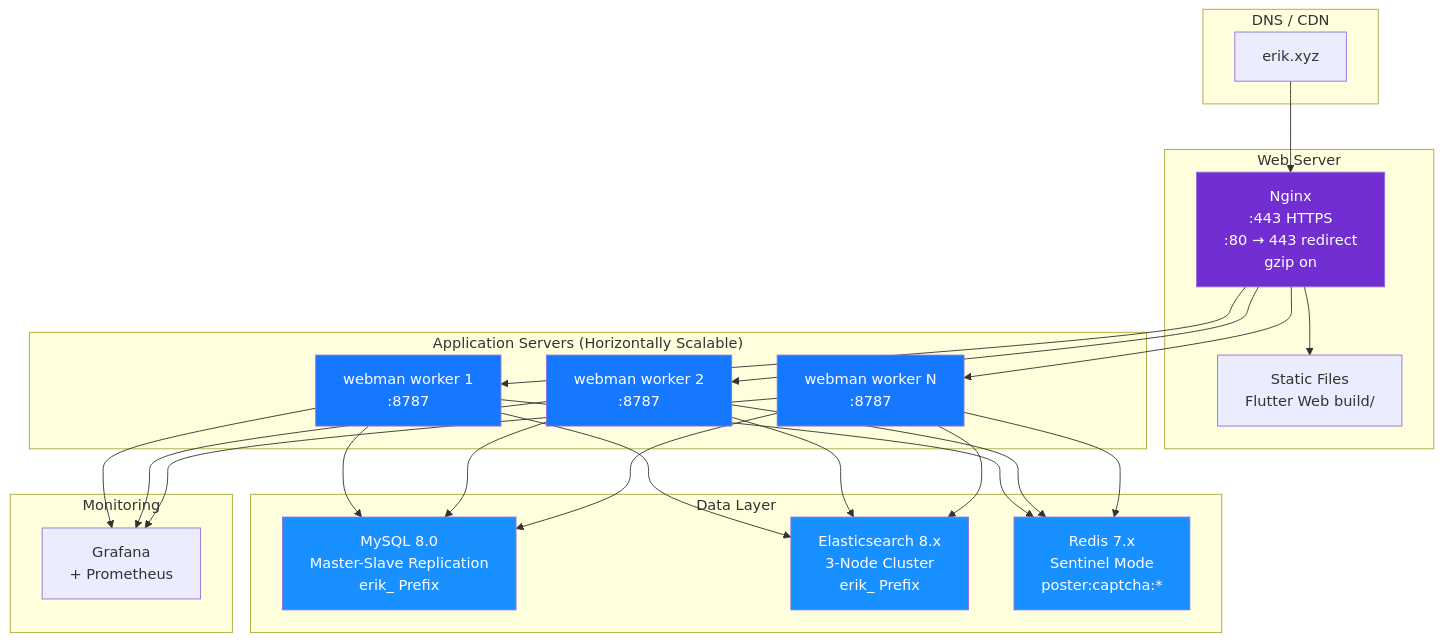
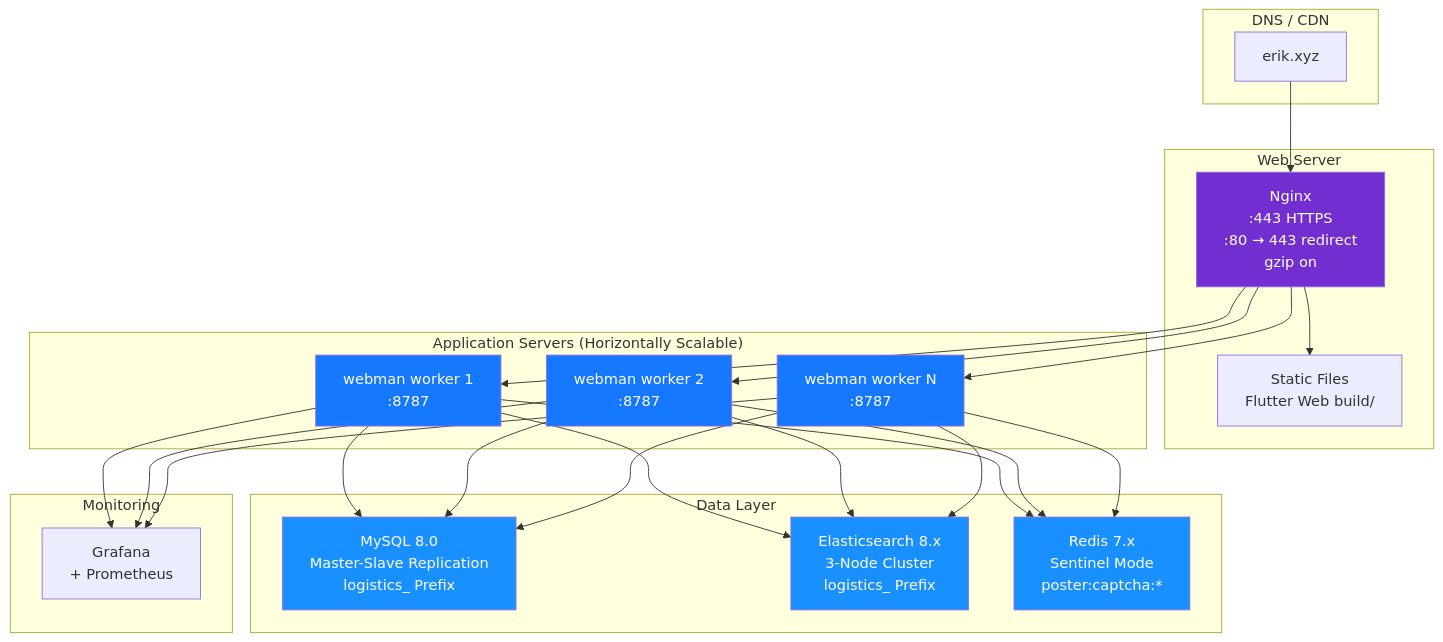
Before and after one commit to erikwang2013/integrated-global-logistics: diagram 14 of 14 in admin/docs/ARCHITECTURE.en.md, drawn with Mermaid. The commit also changed other lines of this file and 211 other files, not shown here.

````diff
--- a/admin/docs/ARCHITECTURE.en.md
+++ b/admin/docs/ARCHITECTURE.en.md
@@ -652,43 +652,43 @@
 ```mermaid
 flowchart TB
     subgraph "DNS / CDN"
         DNS["erik.xyz"]
     end
 
     subgraph "Web Server"
         NGX["Nginx<br/>:443 HTTPS<br/>:80 → 443 redirect<br/>gzip on"]
         STA["Static Files<br/>Flutter Web build/"]
     end
 
     subgraph "Application Servers (Horizontally Scalable)"
         WM1["webman worker 1<br/>:8787"]
         WM2["webman worker 2<br/>:8787"]
         WM3["webman worker N<br/>:8787"]
     end
 
     subgraph "Data Layer"
-        MYSQL["MySQL 8.0<br/>Master-Slave Replication<br/>erik_ Prefix"]
-        ES["Elasticsearch 8.x<br/>3-Node Cluster<br/>erik_ Prefix"]
+        MYSQL["MySQL 8.0<br/>Master-Slave Replication<br/>logistics_ Prefix"]
+        ES["Elasticsearch 8.x<br/>3-Node Cluster<br/>logistics_ Prefix"]
         REDIS["Redis 7.x<br/>Sentinel Mode<br/>poster:captcha:*"]
     end
 
     subgraph "Monitoring"
         MON["Grafana<br/>+ Prometheus"]
     end
 
     DNS --> NGX
     NGX --> STA
     NGX --> WM1 & WM2 & WM3
     WM1 & WM2 & WM3 --> MYSQL
     WM1 & WM2 & WM3 --> ES
     WM1 & WM2 & WM3 --> REDIS
     WM1 & WM2 & WM3 --> MON
 
     style NGX fill:#722ED1,color:#fff
     style WM1 fill:#1677FF,color:#fff
     style WM2 fill:#1677FF,color:#fff
     style WM3 fill:#1677FF,color:#fff
     style MYSQL fill:#1890FF,color:#fff
     style ES fill:#1890FF,color:#fff
     style REDIS fill:#1890FF,color:#fff
 ```
````
